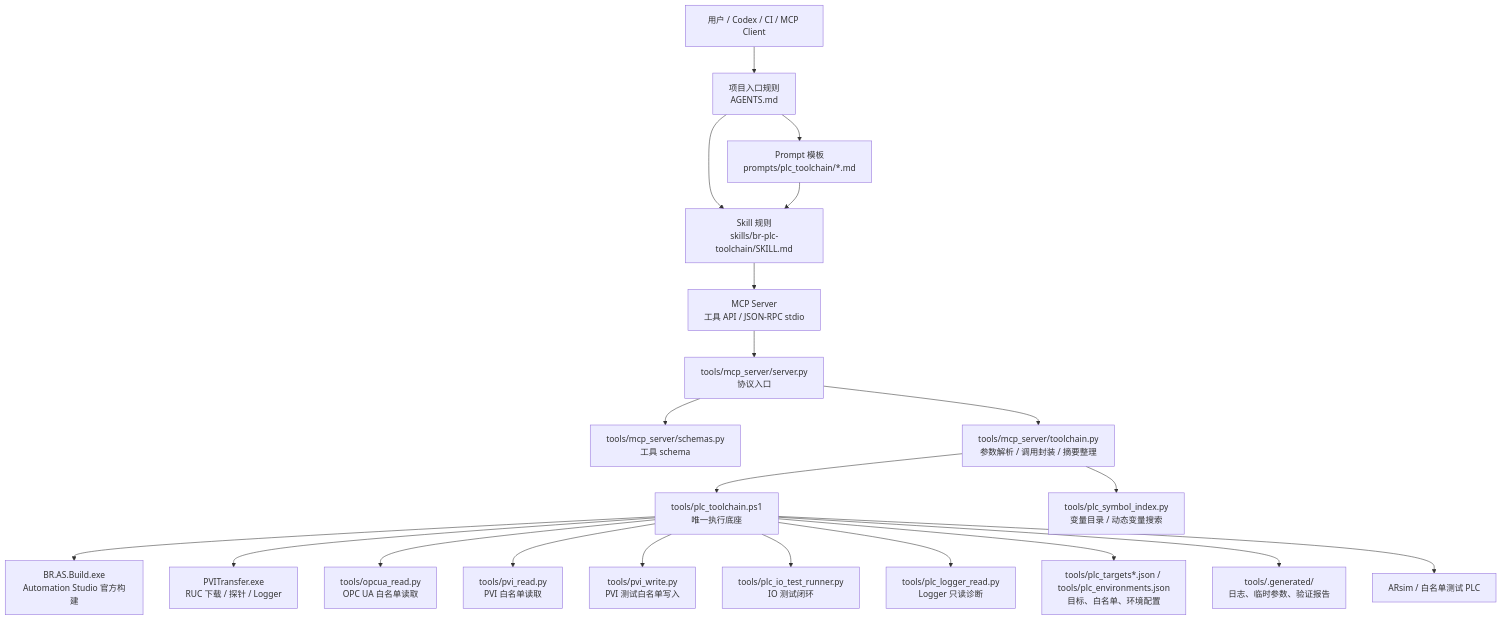
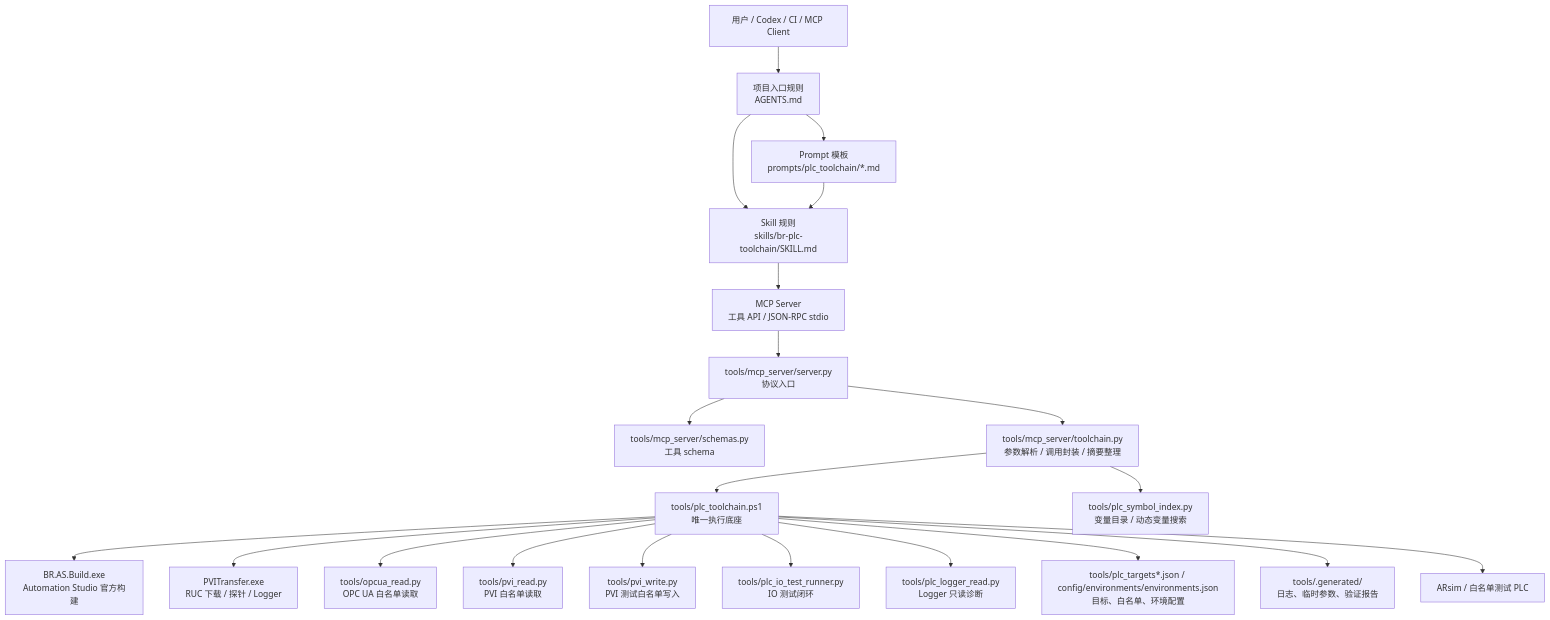
One commit to cwjwudi/br_device_autodev changed the diagram in docs/PLC_TOOLCHAIN_CALL_HIERARCHY.md. Above: the diagram before and after it, drawn with Mermaid. The commit also changed other lines of this file and 30 other files, not shown here.

Commit message:
refactor(config): move targets out of tools directory

````diff
--- a/docs/PLC_TOOLCHAIN_CALL_HIERARCHY.md
+++ b/docs/PLC_TOOLCHAIN_CALL_HIERARCHY.md
@@ -11,23 +11,23 @@
 ```mermaid
 flowchart TD
     User["用户 / Codex / CI / MCP Client"] --> Agents["项目入口规则\nAGENTS.md"]
     Agents --> Prompt["Prompt 模板\nprompts/plc_toolchain/*.md"]
     Agents --> Skill["Skill 规则\nskills/br-plc-toolchain/SKILL.md"]
     Prompt --> Skill
     Skill --> MCP["MCP Server\n工具 API / JSON-RPC stdio"]
     MCP --> MCPServer["tools/mcp_server/server.py\n协议入口"]
     MCPServer --> Schemas["tools/mcp_server/schemas.py\n工具 schema"]
     MCPServer --> Wrapper["tools/mcp_server/toolchain.py\n参数解析 / 调用封装 / 摘要整理"]
     Wrapper --> CLI["tools/plc_toolchain.ps1\n唯一执行底座"]
     CLI --> ASBuild["BR.AS.Build.exe\nAutomation Studio 官方构建"]
     CLI --> PVITransfer["PVITransfer.exe\nRUC 下载 / 探针 / Logger"]
     CLI --> OpcUa["tools/opcua_read.py\nOPC UA 白名单读取"]
     CLI --> PviRead["tools/pvi_read.py\nPVI 白名单读取"]
     CLI --> PviWrite["tools/pvi_write.py\nPVI 测试白名单写入"]
     CLI --> IoRunner["tools/plc_io_test_runner.py\nIO 测试闭环"]
     CLI --> Logger["tools/plc_logger_read.py\nLogger 只读诊断"]
     Wrapper --> SymbolIndex["tools/plc_symbol_index.py\n变量目录 / 动态变量搜索"]
-    CLI --> Config["tools/plc_targets*.json / tools/plc_environments.json\n目标、白名单、环境配置"]
+    CLI --> Config["tools/plc_targets*.json / config/environments/environments.json\n目标、白名单、环境配置"]
     CLI --> Reports["tools/.generated/\n日志、临时参数、验证报告"]
     CLI --> PLC["ARsim / 白名单测试 PLC"]
 ```
````
